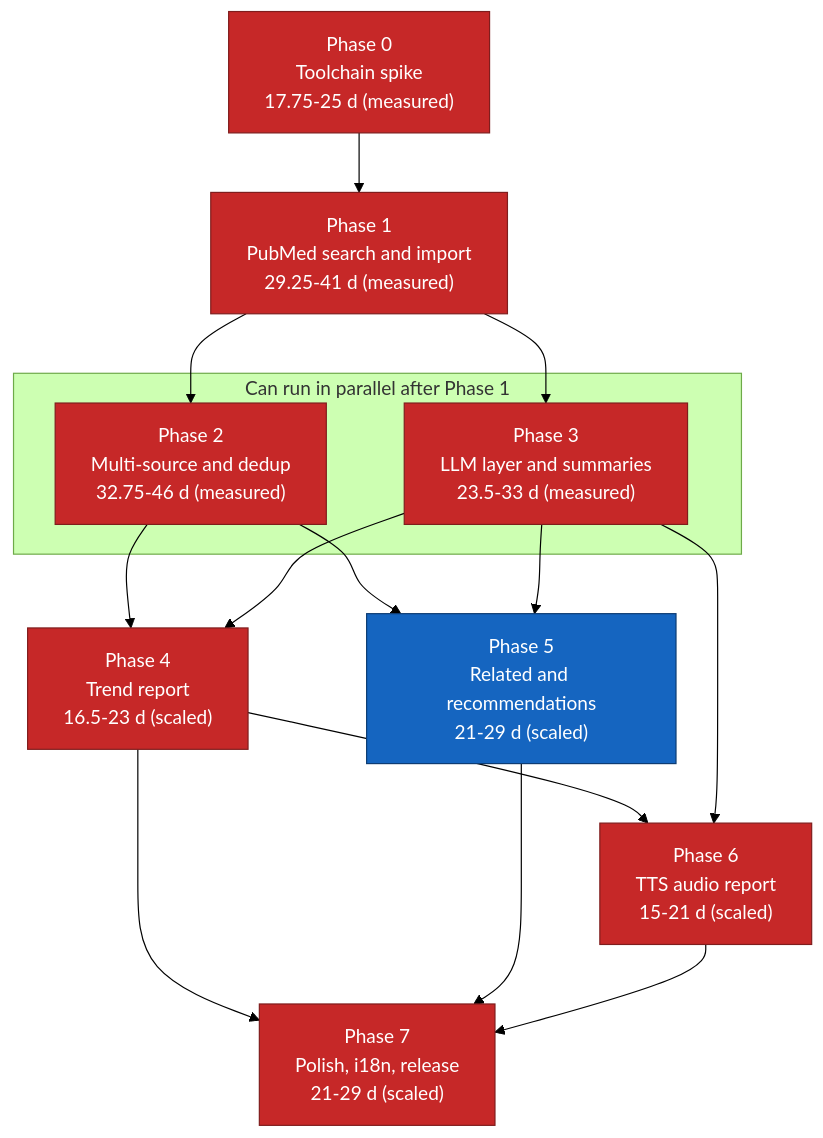
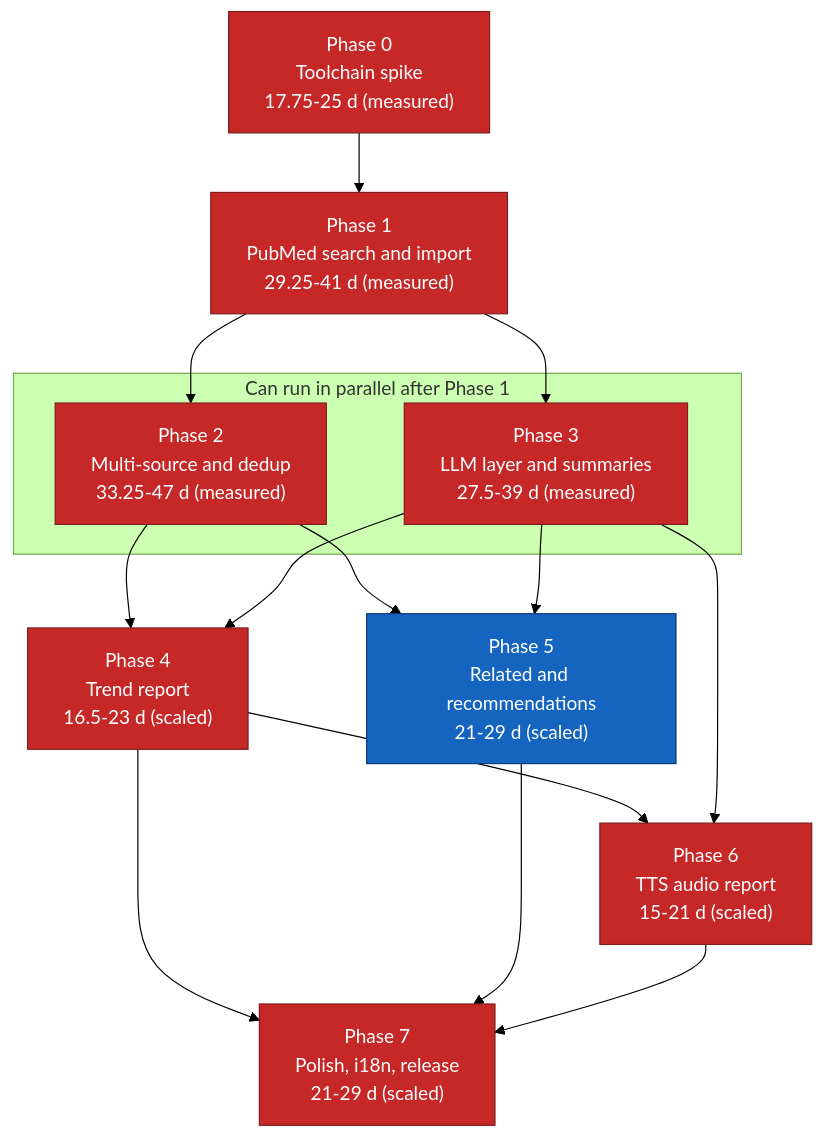
One commit to suppakoko/research_helper changed the diagram in docs/11-implementation-roadmap.md. Above: the diagram before and after it, drawn with Mermaid (forest theme). The commit also changed other lines of this file and 6 other files, not shown here.

````diff
--- a/docs/11-implementation-roadmap.md
+++ b/docs/11-implementation-roadmap.md
@@ -326,34 +326,34 @@
 ```mermaid
 graph TD
     P0["Phase 0<br/>Toolchain spike<br/>17.75-25 d (measured)"]
     P1["Phase 1<br/>PubMed search and import<br/>29.25-41 d (measured)"]
-    P2["Phase 2<br/>Multi-source and dedup<br/>32.75-46 d (measured)"]
-    P3["Phase 3<br/>LLM layer and summaries<br/>23.5-33 d (measured)"]
+    P2["Phase 2<br/>Multi-source and dedup<br/>33.25-47 d (measured)"]
+    P3["Phase 3<br/>LLM layer and summaries<br/>27.5-39 d (measured)"]
     P4["Phase 4<br/>Trend report<br/>16.5-23 d (scaled)"]
     P5["Phase 5<br/>Related and recommendations<br/>21-29 d (scaled)"]
     P6["Phase 6<br/>TTS audio report<br/>15-21 d (scaled)"]
     P7["Phase 7<br/>Polish, i18n, release<br/>21-29 d (scaled)"]
 
     P0 --> P1
     P1 --> P2
     P1 --> P3
     P2 --> P4
     P3 --> P4
     P2 --> P5
     P3 --> P5
     P4 --> P6
     P3 --> P6
     P4 --> P7
     P5 --> P7
     P6 --> P7
 
     subgraph parallel["Can run in parallel after Phase 1"]
         P2
         P3
     end
 
     classDef critical fill:#c62828,stroke:#7f1d1d,color:#ffffff
     classDef normal fill:#1565c0,stroke:#0d3c73,color:#ffffff
     class P0,P1,P2,P3,P4,P6,P7 critical
     class P5 normal
 ```
````
